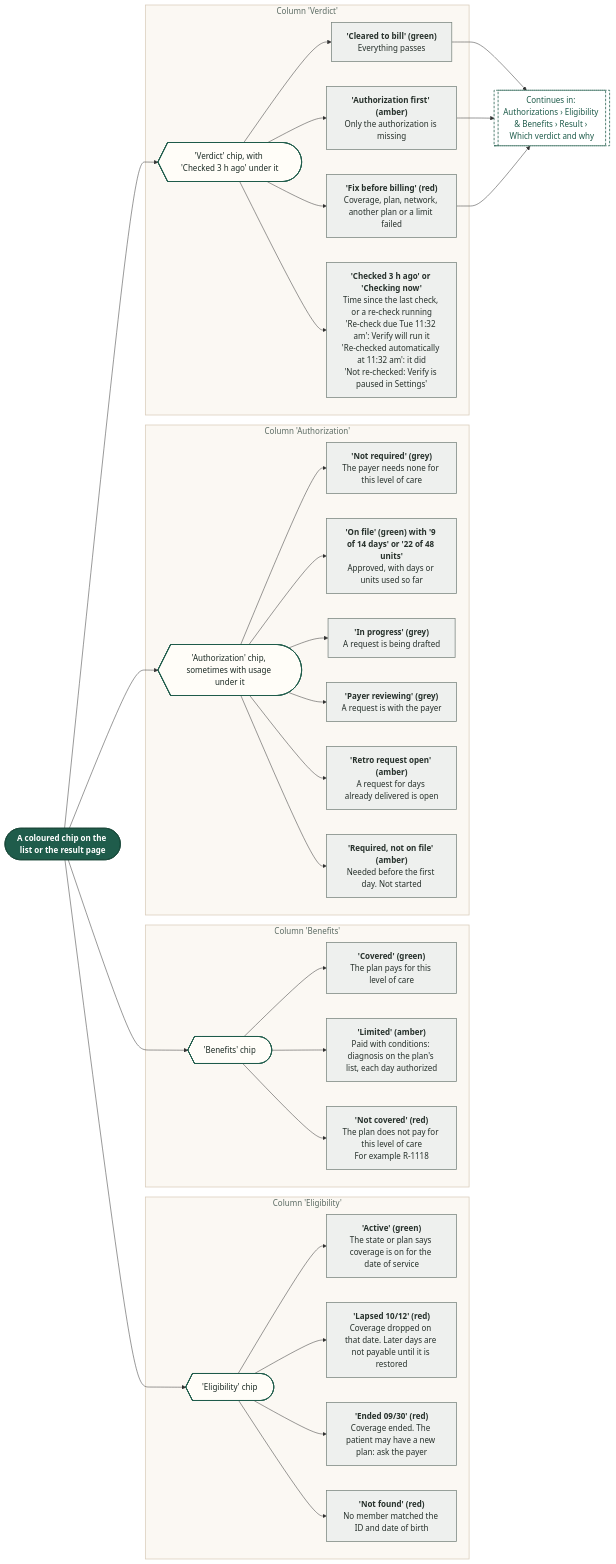
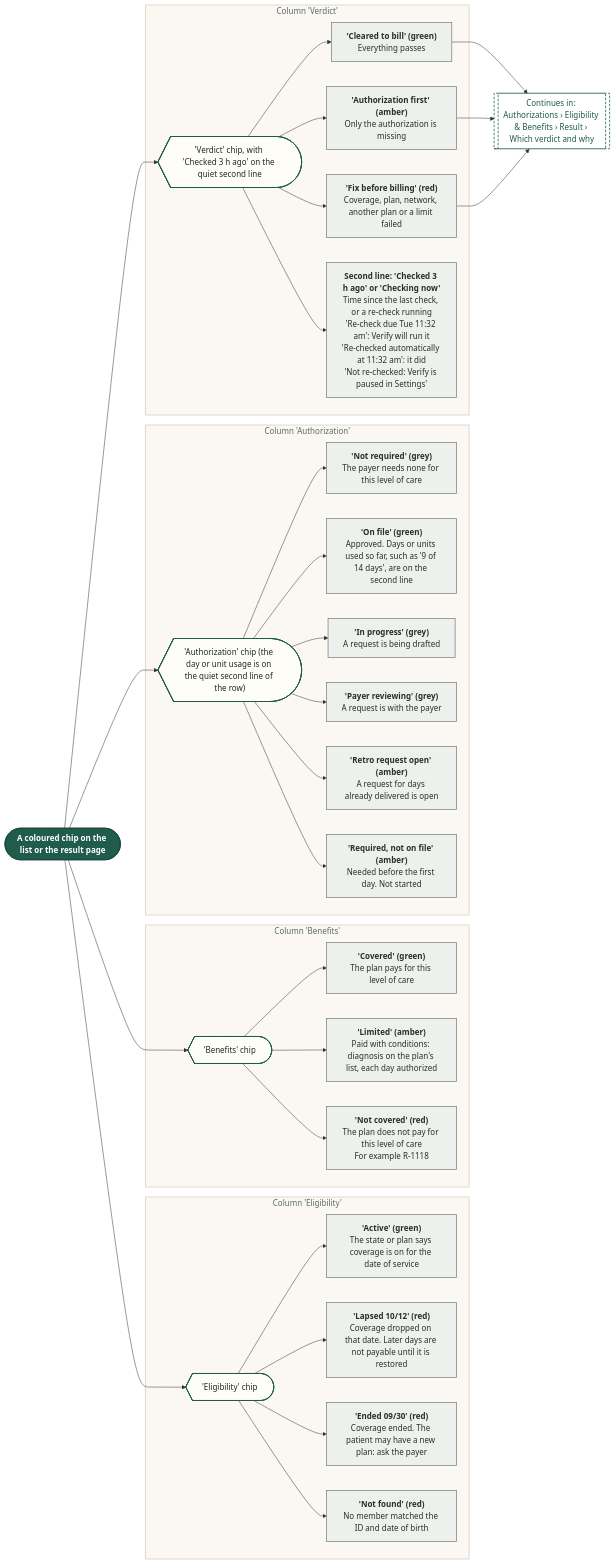
Diagram 16 of 22 in demos/prior-auth-demo/workflows/out/md/05-eligibility.md (Shrav143/psyfloapp), drawn with Mermaid before and after one commit. The commit also changed other lines of this file and 192 other files, not shown here.

First line of the commit message:
docs: changelog by sidebar tab; README, diagrams and Settings layout aligned with the refinement; shared InfoTip; referral cost-share line

````diff
--- a/demos/prior-auth-demo/workflows/out/md/05-eligibility.md
+++ b/demos/prior-auth-demo/workflows/out/md/05-eligibility.md
@@ -1153,65 +1217,65 @@
 ```mermaid
 %%{init: {"theme":"base","themeVariables":{"fontFamily":"'DM Sans', 'Segoe UI', system-ui, sans-serif","fontSize":"15px","lineColor":"#5B6B63","primaryTextColor":"#1C2B25","clusterBkg":"#FBF8F3","clusterBorder":"#D9CDBB","edgeLabelBackground":"#FFFFFF"},"flowchart":{"curve":"basis","nodeSpacing":36,"rankSpacing":48,"padding":12,"htmlLabels":true,"useMaxWidth":false,"wrappingWidth":230}} }%%
 flowchart LR
   classDef k_start fill:#1F5C4B,stroke:#174638,color:#FFFFFF,stroke-width:1.5px,font-weight:600
   classDef k_end fill:#DDEFE3,stroke:#2E7D4F,color:#14502F,stroke-width:1.5px,font-weight:600
   classDef k_endx fill:#FBE3E0,stroke:#C0392B,color:#7A1F16,stroke-width:1.5px,font-weight:600
   classDef k_screen fill:#FFFDF8,stroke:#1F5C4B,color:#1C2B25,stroke-width:2px
   classDef k_overlay fill:#F1F7F3,stroke:#1F5C4B,color:#1C2B25,stroke-width:2px,stroke-dasharray:5 3
   classDef k_click fill:#DCEBFA,stroke:#2F6DB5,color:#12365F,stroke-width:1.5px
   classDef k_input fill:#E4E7FF,stroke:#4C5FD5,color:#1D2670,stroke-width:1.5px
   classDef k_process fill:#EEF0EE,stroke:#7A857F,color:#26302B,stroke-width:1.5px
   classDef k_agent fill:#EEE5FA,stroke:#7A4FC2,color:#341A63,stroke-width:1.5px
   classDef k_decision fill:#FFF0CC,stroke:#D9962B,color:#5C3B00,stroke-width:1.5px
   classDef k_store fill:#D5F0EA,stroke:#1C8E7B,color:#0B4A3F,stroke-width:1.5px
   classDef k_doc fill:#F6E9DC,stroke:#B07A4C,color:#4A2E14,stroke-width:1.5px
   classDef k_ext fill:#FFE6D2,stroke:#E07B39,color:#6B2F06,stroke-width:1.5px
   classDef k_wait fill:#E4E8EE,stroke:#6B7C93,color:#26303D,stroke-width:1.5px
   classDef k_toast fill:#FFF9DB,stroke:#C9A400,color:#5A4A00,stroke-width:1.5px
   classDef k_goto fill:#FFFFFF,stroke:#1F5C4B,color:#1F5C4B,stroke-width:1.5px,stroke-dasharray:5 3
   s1@{ shape: stadium, label: "A coloured chip on the list or the result page" }
   subgraph gE ["Column 'Eligibility'"]
   e0@{ shape: curv-trap, label: "'Eligibility' chip" }
   e1@{ shape: rect, label: "<b>'Active' (green)</b><br/>The state or plan says coverage is on for the date of service" }
   e2@{ shape: rect, label: "<b>'Lapsed 10/12' (red)</b><br/>Coverage dropped on that date. Later days are not payable until it is restored" }
   e3@{ shape: rect, label: "<b>'Ended 09/30' (red)</b><br/>Coverage ended. The patient may have a new plan: ask the payer" }
   e4@{ shape: rect, label: "<b>'Not found' (red)</b><br/>No member matched the ID and date of birth" }
   end
   subgraph gB ["Column 'Benefits'"]
   b0@{ shape: curv-trap, label: "'Benefits' chip" }
   b1@{ shape: rect, label: "<b>'Covered' (green)</b><br/>The plan pays for this level of care" }
   b2@{ shape: rect, label: "<b>'Limited' (amber)</b><br/>Paid with conditions: diagnosis on the plan's list, each day authorized" }
   b3@{ shape: rect, label: "<b>'Not covered' (red)</b><br/>The plan does not pay for this level of care<br/>For example R-1118" }
   end
   subgraph gA ["Column 'Authorization'"]
-  a0@{ shape: curv-trap, label: "'Authorization' chip, sometimes with usage under it" }
+  a0@{ shape: curv-trap, label: "'Authorization' chip (the day or unit usage is on the quiet second line of the row)" }
   a1@{ shape: rect, label: "<b>'Not required' (grey)</b><br/>The payer needs none for this level of care" }
-  a2@{ shape: rect, label: "<b>'On file' (green) with '9 of 14 days' or '22 of 48 units'</b><br/>Approved, with days or units used so far" }
+  a2@{ shape: rect, label: "<b>'On file' (green)</b><br/>Approved. Days or units used so far, such as '9 of 14 days', are on the second line" }
   a3@{ shape: rect, label: "<b>'In progress' (grey)</b><br/>A request is being drafted" }
   a4@{ shape: rect, label: "<b>'Payer reviewing' (grey)</b><br/>A request is with the payer" }
   a5@{ shape: rect, label: "<b>'Retro request open' (amber)</b><br/>A request for days already delivered is open" }
   a6@{ shape: rect, label: "<b>'Required, not on file' (amber)</b><br/>Needed before the first day. Not started" }
   end
   subgraph gV ["Column 'Verdict'"]
-  v0@{ shape: curv-trap, label: "'Verdict' chip, with 'Checked 3 h ago' under it" }
+  v0@{ shape: curv-trap, label: "'Verdict' chip, with 'Checked 3 h ago' on the quiet second line" }
   v1@{ shape: rect, label: "<b>'Cleared to bill' (green)</b><br/>Everything passes" }
   v2@{ shape: rect, label: "<b>'Authorization first' (amber)</b><br/>Only the authorization is missing" }
   v3@{ shape: rect, label: "<b>'Fix before billing' (red)</b><br/>Coverage, plan, network, another plan or a limit failed" }
-  v4@{ shape: rect, label: "<b>'Checked 3 h ago' or 'Checking now'</b><br/>Time since the last check, or a re-check running<br/>'Re-check due Tue 11:32 am': Verify will run it<br/>'Re-checked automatically at 11:32 am': it did<br/>'Not re-checked: Verify is paused in Settings'" }
+  v4@{ shape: rect, label: "<b>Second line: 'Checked 3 h ago' or 'Checking now'</b><br/>Time since the last check, or a re-check running<br/>'Re-check due Tue 11:32 am': Verify will run it<br/>'Re-checked automatically at 11:32 am': it did<br/>'Not re-checked: Verify is paused in Settings'" }
   end
   g1@{ shape: subproc, label: "Continues in: Authorizations › Eligibility & Benefits › Result › Which verdict and why" }
   s1 --> e0 & b0 & a0 & v0
   e0 --> e1 & e2 & e3 & e4
   b0 --> b1 & b2 & b3
   a0 --> a1 & a2 & a3 & a4 & a5 & a6
   v0 --> v1 & v2 & v3 & v4
   v1 & v2 & v3 --> g1
   class s1 k_start
   class e0,b0,a0,v0 k_screen
   class e1,e2,e3,e4,b1,b2,b3,a1,a2,a3,a4,a5,a6,v1,v2,v3,v4 k_process
   class g1 k_goto
   style gE fill:#FBF8F3,stroke:#D9CDBB,stroke-width:1.5px,color:#5B6B63
   style gB fill:#FBF8F3,stroke:#D9CDBB,stroke-width:1.5px,color:#5B6B63
   style gA fill:#FBF8F3,stroke:#D9CDBB,stroke-width:1.5px,color:#5B6B63
   style gV fill:#FBF8F3,stroke:#D9CDBB,stroke-width:1.5px,color:#5B6B63
 ```
````
